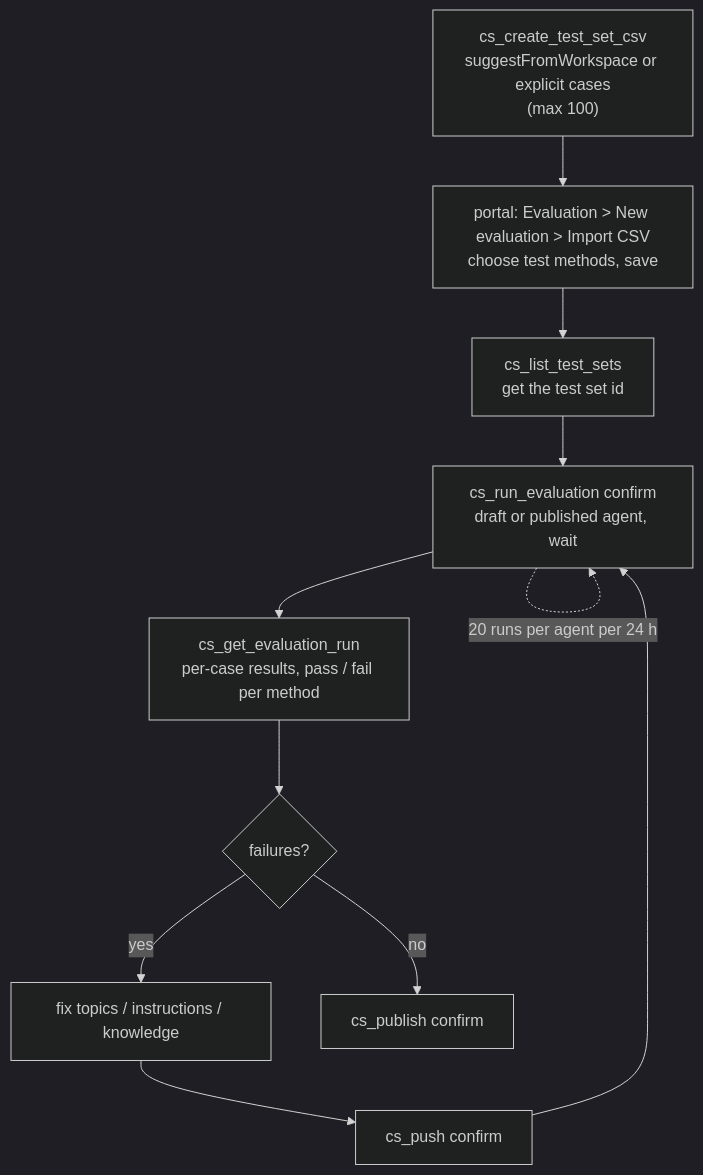
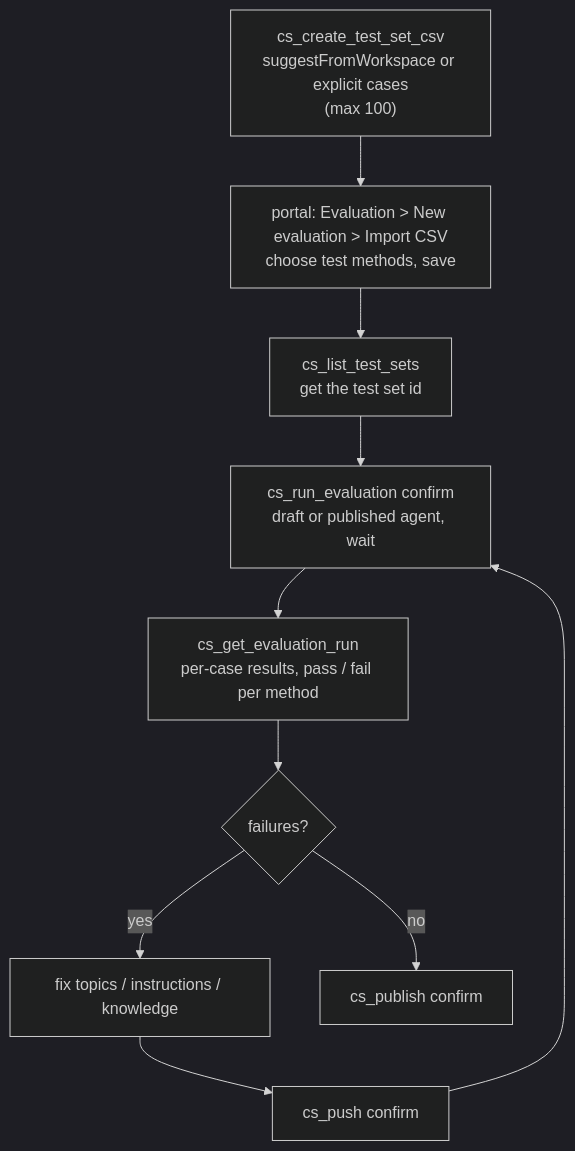
One commit to jgt87/copilot-studio-mcp changed the fourth of 9 diagrams in docs/flows.md. Above: the diagram before and after it, drawn with Mermaid (dark theme). The commit also changed other lines of this file and 3 other files, not shown here.

First line of the commit message:
Docs: map each flow step to its Copilot Studio action; GitHub-safe Mermaid; restore portable repowise entry

````diff
--- a/docs/flows.md
+++ b/docs/flows.md
@@ -85,11 +100,10 @@
 ```mermaid
 flowchart TD
     A["cs_create_test_set_csv<br/>suggestFromWorkspace or explicit cases<br/>(max 100)"] --> B["portal: Evaluation > New evaluation > Import CSV<br/>choose test methods, save"]
     B --> C["cs_list_test_sets<br/>get the test set id"]
     C --> D["cs_run_evaluation confirm<br/>draft or published agent, wait"]
     D --> E["cs_get_evaluation_run<br/>per-case results, pass / fail per method"]
     E --> F{"failures?"}
     F -- yes --> G["fix topics / instructions / knowledge"] --> H["cs_push confirm"] --> D
     F -- no --> I["cs_publish confirm"]
-    D -. "20 runs per agent per 24 h" .-> D
 ```
````
